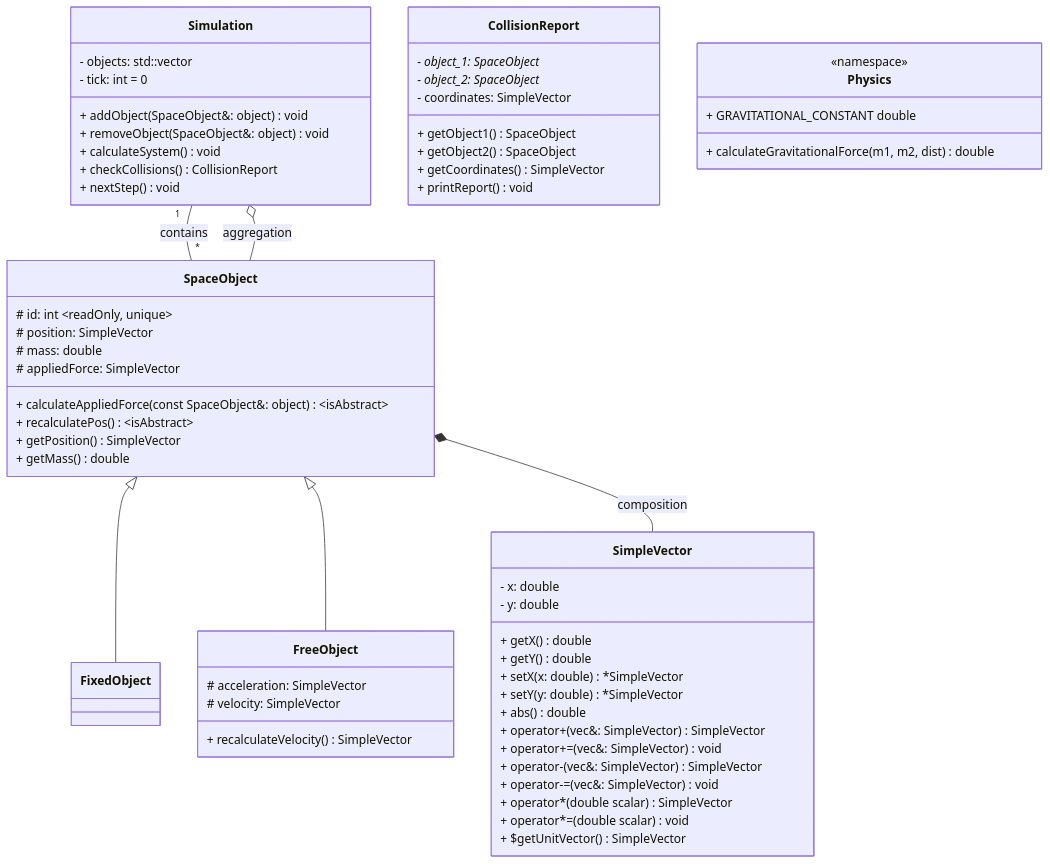
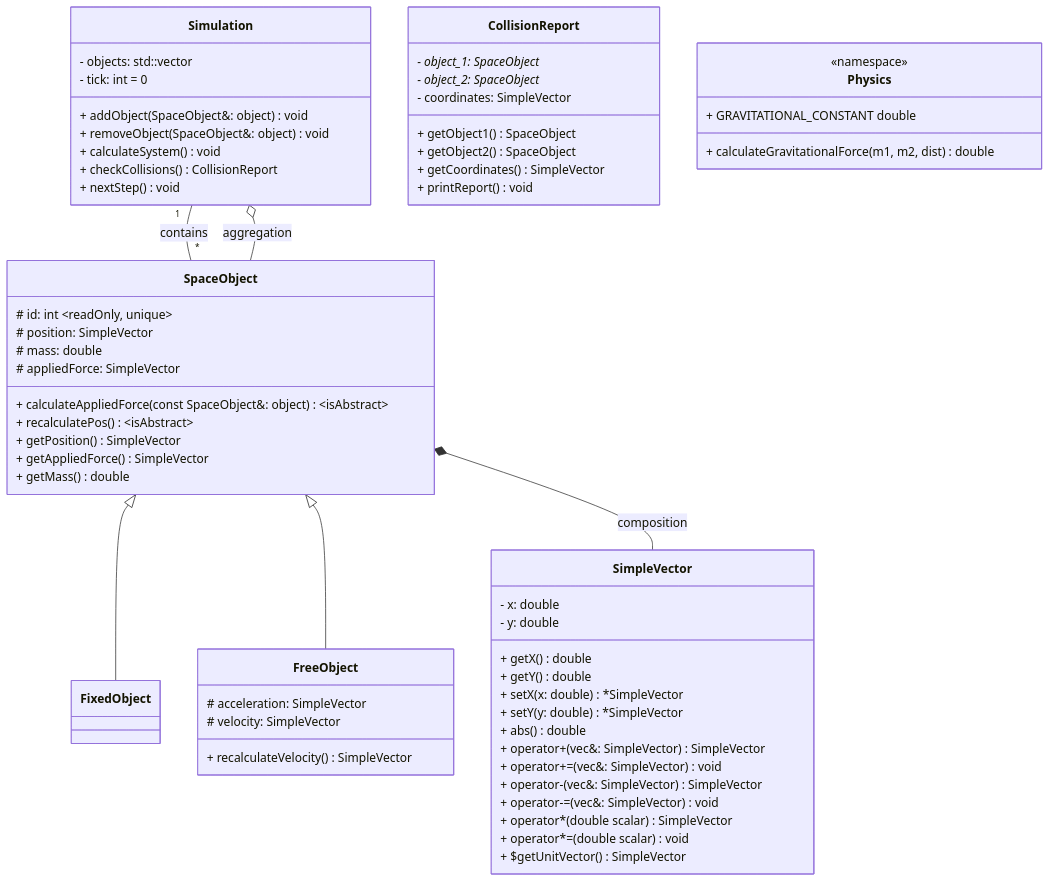
One commit to kotenko-o/simple-orbit-simulator changed the diagram in docs/classDiagram.mmd. Above: the diagram before and after it, drawn with Mermaid. The commit also changed 1 other file, not shown here.

```diff
--- a/docs/classDiagram.mmd
+++ b/docs/classDiagram.mmd
@@ -1,72 +1,73 @@
 classDiagram
 
     SpaceObject <|-- FixedObject
     SpaceObject <|-- FreeObject
     Simulation "1" -- "*" SpaceObject : contains
 
     SpaceObject *-- SimpleVector : composition
     Simulation o-- SpaceObject : aggregation
     
     class Simulation {
         - objects: std::vector<SpaceObject*>
         - tick: int = 0
         + addObject(SpaceObject&: object) void
         + removeObject(SpaceObject&: object) void
         + calculateSystem() void
         + checkCollisions() CollisionReport
         + nextStep() void
     }
 
     class SpaceObject {
         # id: int ~readOnly, unique~
         # position: SimpleVector
         # mass: double
         # appliedForce: SimpleVector
         + calculateAppliedForce(const SpaceObject&: object) ~isAbstract~
         + recalculatePos() ~isAbstract~
         + getPosition() SimpleVector
+        + getAppliedForce() SimpleVector 
         + getMass() double
     }
 
     class FixedObject {
         
     }
 
     class FreeObject {
         # acceleration: SimpleVector
         # velocity: SimpleVector
         + recalculateVelocity() SimpleVector
     }
 
     class SimpleVector {
         - x: double
         - y: double
         + getX() double
         + getY() double
         + setX(x: double) *SimpleVector
         + setY(y: double) *SimpleVector
         + abs() double
         + operator+(vec&: SimpleVector) SimpleVector
         + operator+=(vec&: SimpleVector) void
         + operator-(vec&: SimpleVector) SimpleVector
         + operator-=(vec&: SimpleVector) void
         + operator*(double scalar) SimpleVector
         + operator*=(double scalar) void
         + $getUnitVector() SimpleVector
     }
 
     class CollisionReport {
         - object_1: SpaceObject*
         - object_2: SpaceObject*
         - coordinates: SimpleVector
         + getObject1() SpaceObject
         + getObject2() SpaceObject
         + getCoordinates() SimpleVector
         + printReport() void
     }
 
     class Physics {
         <<namespace>>
         + GRAVITATIONAL_CONSTANT double
         + calculateGravitationalForce(m1, m2, dist) double
     }
```
